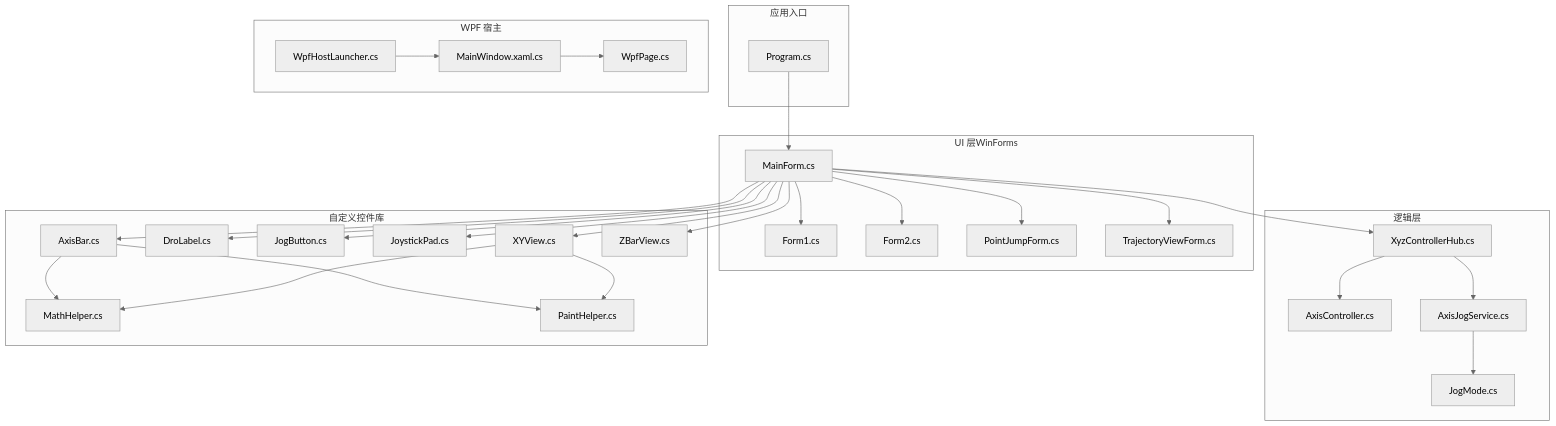
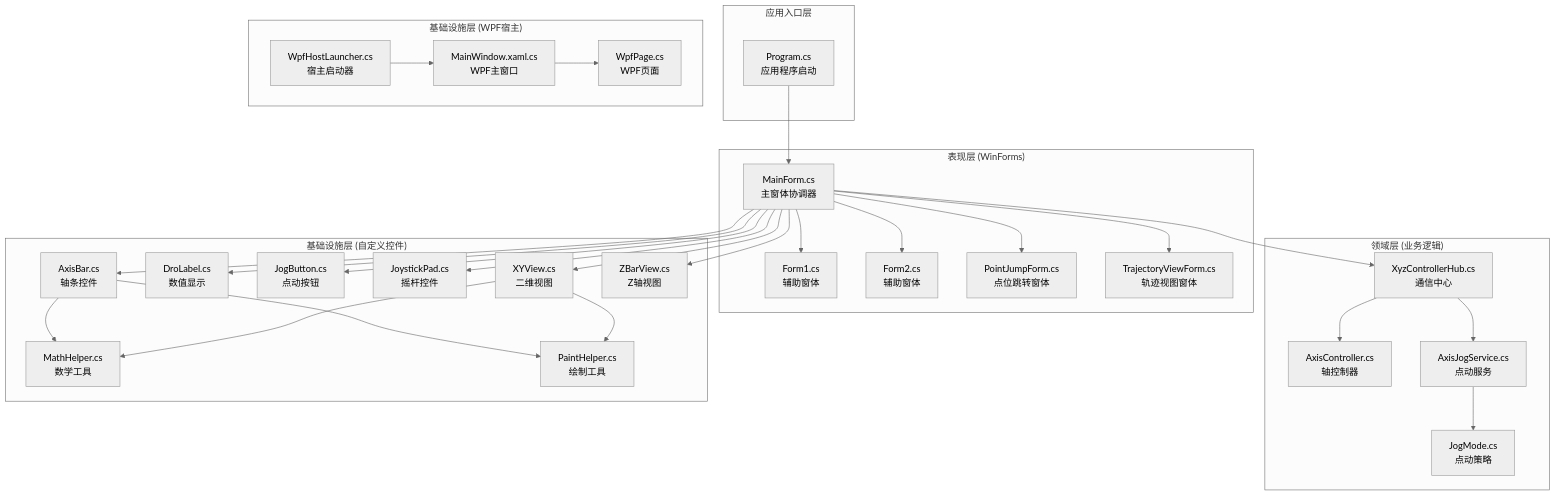
One commit to fuweiq94-cloud/3399180760 changed the first of 4 diagrams in .qoder/repowiki/zh/content/架构设计/架构设计.md. Above: the diagram before and after it, drawn with Mermaid (neutral theme). The commit also changed other lines of this file and 66 other files, not shown here.

````diff
--- a/.qoder/repowiki/zh/content/架构设计/架构设计.md
+++ b/.qoder/repowiki/zh/content/架构设计/架构设计.md
@@ -64,55 +72,55 @@
 ```mermaid
 graph TB
-subgraph "应用入口"
-Program["Program.cs"]
+subgraph "应用入口层"
+Program["Program.cs<br/>应用程序启动"]
 end
-subgraph "UI 层WinForms"
-MainForm["MainForm.cs"]
-F1["Form1.cs"]
-F2["Form2.cs"]
-PJF["PointJumpForm.cs"]
-TVF["TrajectoryViewForm.cs"]
+subgraph "表现层 (WinForms)"
+MainForm["MainForm.cs<br/>主窗体协调器"]
+F1["Form1.cs<br/>辅助窗体"]
+F2["Form2.cs<br/>辅助窗体"]
+PJF["PointJumpForm.cs<br/>点位跳转窗体"]
+TVF["TrajectoryViewForm.cs<br/>轨迹视图窗体"]
 end
-subgraph "逻辑层"
-Hub["XyzControllerHub.cs"]
-AxisCtrl["AxisController.cs"]
-JogSvc["AxisJogService.cs"]
-JogMode["JogMode.cs"]
+subgraph "领域层 (业务逻辑)"
+Hub["XyzControllerHub.cs<br/>通信中心"]
+AxisCtrl["AxisController.cs<br/>轴控制器"]
+JogSvc["AxisJogService.cs<br/>点动服务"]
+JogMode["JogMode.cs<br/>点动策略"]
 end
-subgraph "WPF 宿主"
-HostLaunch["WpfHostLauncher.cs"]
-WpfMW["MainWindow.xaml.cs"]
-WpfPage["WpfPage.cs"]
+subgraph "基础设施层 (WPF宿主)"
+HostLaunch["WpfHostLauncher.cs<br/>宿主启动器"]
+WpfMW["MainWindow.xaml.cs<br/>WPF主窗口"]
+WpfPage["WpfPage.cs<br/>WPF页面"]
 end
-subgraph "自定义控件库"
-AB["AxisBar.cs"]
-DL["DroLabel.cs"]
-JB["JogButton.cs"]
-JP["JoystickPad.cs"]
-XYV["XYView.cs"]
-ZBV["ZBarView.cs"]
-MH["MathHelper.cs"]
-PH["PaintHelper.cs"]
+subgraph "基础设施层 (自定义控件)"
+AB["AxisBar.cs<br/>轴条控件"]
+DL["DroLabel.cs<br/>数值显示"]
+JB["JogButton.cs<br/>点动按钮"]
+JP["JoystickPad.cs<br/>摇杆控件"]
+XYV["XYView.cs<br/>二维视图"]
+ZBV["ZBarView.cs<br/>Z轴视图"]
+MH["MathHelper.cs<br/>数学工具"]
+PH["PaintHelper.cs<br/>绘制工具"]
 end
 Program --> MainForm
 MainForm --> Hub
 Hub --> AxisCtrl
 Hub --> JogSvc
 JogSvc --> JogMode
 MainForm --> F1
 MainForm --> F2
 MainForm --> PJF
 MainForm --> TVF
 HostLaunch --> WpfMW
 WpfMW --> WpfPage
 MainForm --> AB
 MainForm --> DL
 MainForm --> JB
 MainForm --> JP
 MainForm --> XYV
 MainForm --> ZBV
 AB --> MH
 AB --> PH
 XYV --> MH
 XYV --> PH
 ```
````
